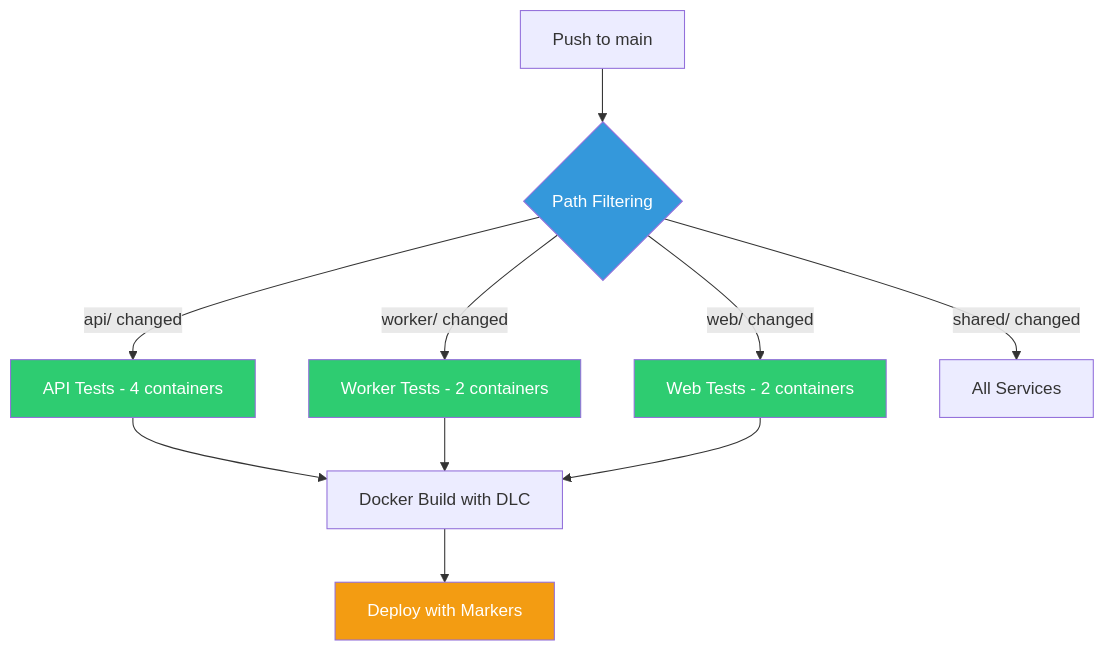
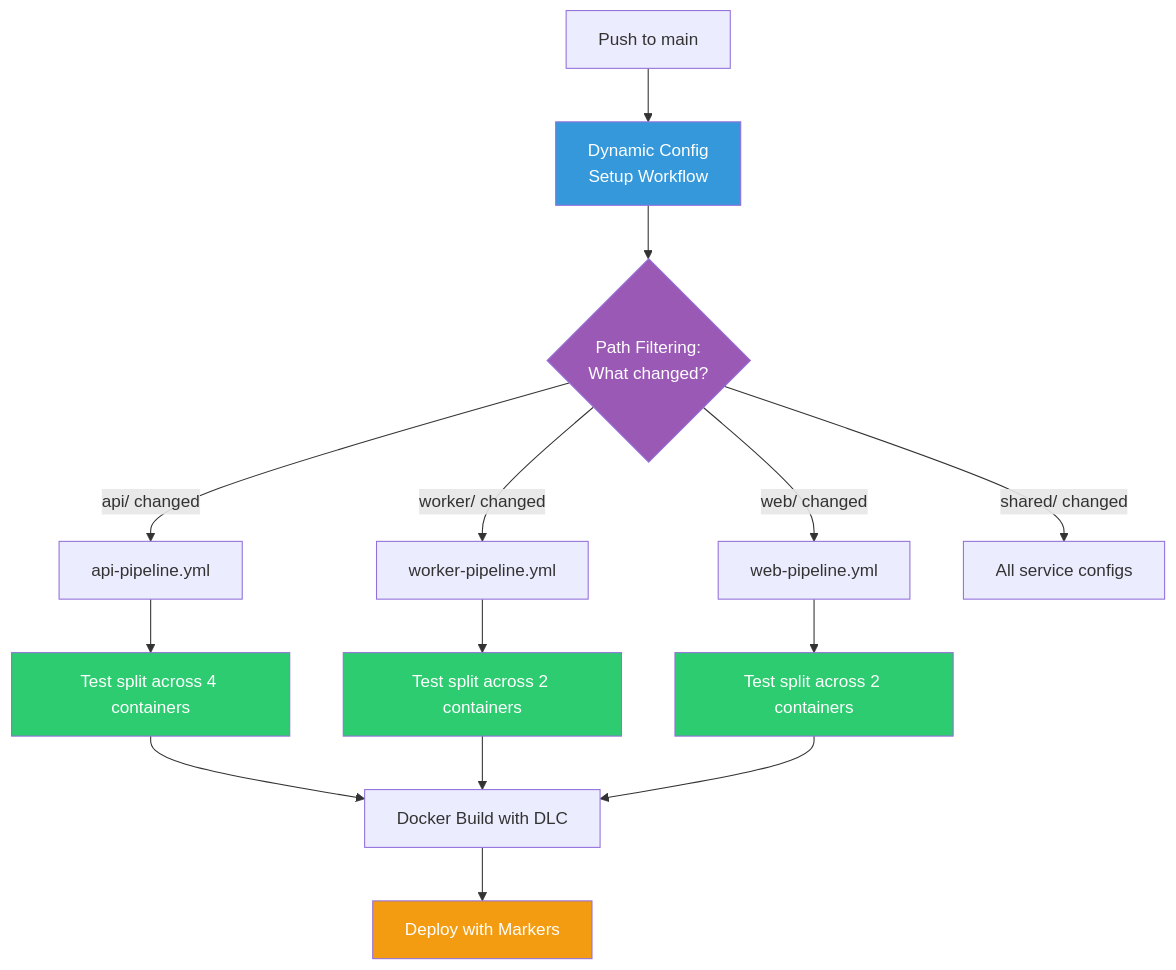
Before and after one commit to circleci-bcbs/circleci-demo-platform: the diagram in README.md, drawn with Mermaid. The commit also changed other lines of this file and 2 other files, not shown here.

Commit message:
feat: consolidate to single dynamic-config trigger
Remove automatic triggers from per-service pipelines. The dynamic-config
pipeline is now the only auto-triggered pipeline — it uses path-filtering
to select the right service config as the continuation:

  api/    -> api-pipeline.yml
  worker/ -> worker-pipeline.yml
  web/    -> web-pipeline.yml
  shared/ -> all service configs

Per-service and scale-demo pipelines remain for manual API/UI triggers.
Delete continue-config.yml (no longer needed). Update README with new
architecture diagram showing the routing flow.

````diff
--- a/README.md
+++ b/README.md
@@ -150,20 +150,26 @@
 ```mermaid
 flowchart TD
-    A[Push to main] --> B{Path Filtering}
-    B -->|api/ changed| C[API Tests - 4 containers]
-    B -->|worker/ changed| D[Worker Tests - 2 containers]
-    B -->|web/ changed| E[Web Tests - 2 containers]
-    B -->|shared/ changed| F[All Services]
+    A[Push to main] --> B[Dynamic Config<br/>Setup Workflow]
+    B --> C{Path Filtering:<br/>What changed?}
 
-    C --> G[Docker Build with DLC]
-    D --> G
-    E --> G
+    C -->|api/ changed| D[api-pipeline.yml]
+    C -->|worker/ changed| E[worker-pipeline.yml]
+    C -->|web/ changed| F[web-pipeline.yml]
+    C -->|shared/ changed| G[All service configs]
 
-    G --> H[Deploy with Markers]
+    D --> H[Test split across 4 containers]
+    E --> I[Test split across 2 containers]
+    F --> J[Test split across 2 containers]
+
+    H --> K[Docker Build with DLC]
+    I --> K
+    J --> K
+    K --> L[Deploy with Markers]
 
     style B fill:#3498db,color:#fff
-    style C fill:#2ecc71,color:#fff
-    style D fill:#2ecc71,color:#fff
-    style E fill:#2ecc71,color:#fff
-    style H fill:#f39c12,color:#fff
+    style C fill:#9b59b6,color:#fff
+    style H fill:#2ecc71,color:#fff
+    style I fill:#2ecc71,color:#fff
+    style J fill:#2ecc71,color:#fff
+    style L fill:#f39c12,color:#fff
 ```
````
